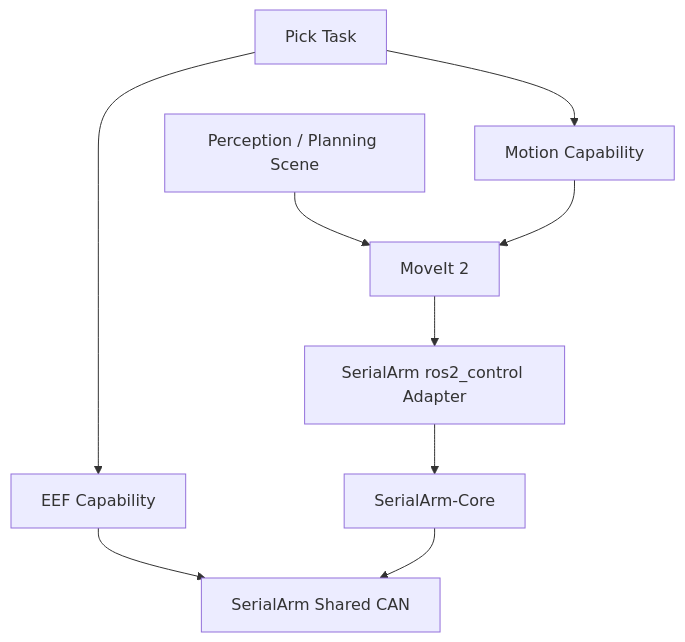
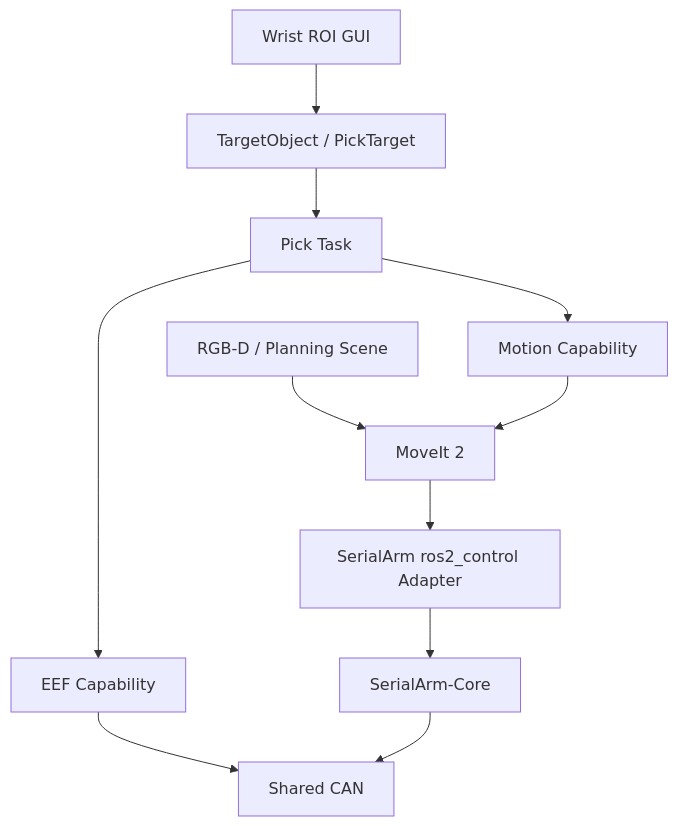
Before and after one commit to Kaede-Rei/Tomato-Picker-ROS2: the diagram in README.md, drawn with Mermaid. The commit also changed other lines of this file and 21 other files, not shown here.

````diff
--- a/README.md
+++ b/README.md
@@ -32,11 +33,13 @@
 ```mermaid
 flowchart TB
-    Task["Pick Task"] --> Motion["Motion Capability"]
+    GUI["Wrist ROI GUI"] --> Target["TargetObject / PickTarget"]
+    Perception["RGB-D / Planning Scene"] --> MoveIt["MoveIt 2"]
+    Target --> Task["Pick Task"]
+    Task --> Motion["Motion Capability"]
     Task --> EEF["EEF Capability"]
-    Perception["Perception / Planning Scene"] --> MoveIt["MoveIt 2"]
     Motion --> MoveIt
     MoveIt --> ROS2["SerialArm ros2_control Adapter"]
     ROS2 --> Core["SerialArm-Core"]
-    EEF --> SharedCAN["SerialArm Shared CAN"]
+    EEF --> SharedCAN["Shared CAN"]
     Core --> SharedCAN
 ```
````
